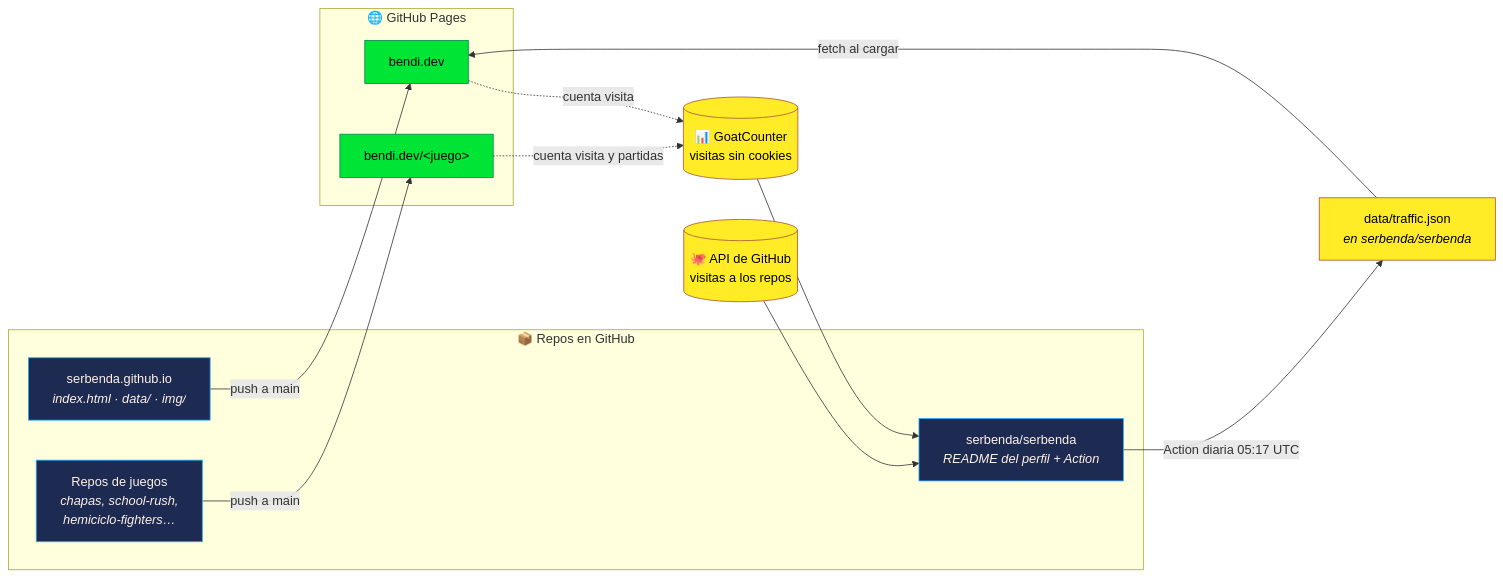
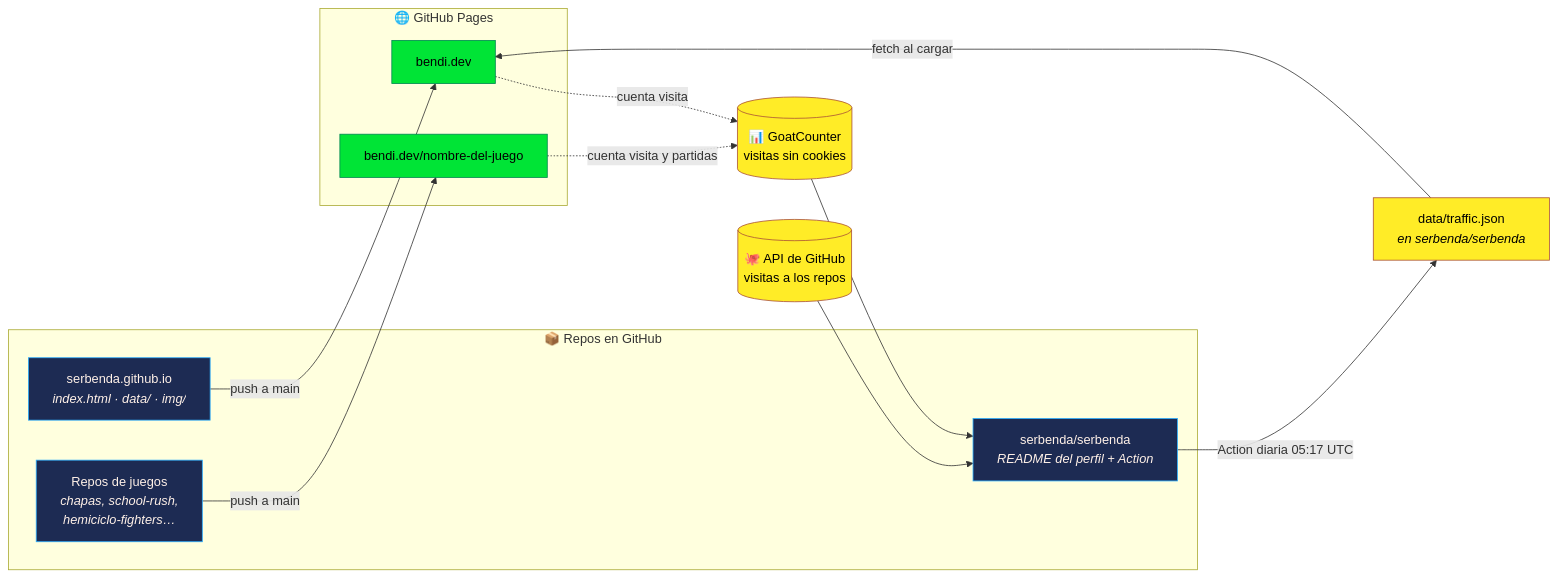
One commit to serbenda/serbenda.github.io changed the first of 2 diagrams in README.md. Above: the diagram before and after it, drawn with Mermaid. The commit also changed other lines of this file, not shown here.

Commit message:
README: simpler diagram labels

````diff
--- a/README.md
+++ b/README.md
@@ -58,33 +58,33 @@
 ```mermaid
 flowchart LR
     subgraph REPOS["📦 Repos en GitHub"]
         WEB["serbenda.github.io<br/><i>index.html · data/ · img/</i>"]
         PERFIL["serbenda/serbenda<br/><i>README del perfil + Action</i>"]
         JUEGOS["Repos de juegos<br/><i>chapas, school-rush,<br/>hemiciclo-fighters…</i>"]
     end
 
     subgraph PAGES["🌐 GitHub Pages"]
         RAIZ["bendi.dev"]
-        SUB["bendi.dev/&lt;juego&gt;"]
+        SUB["bendi.dev/nombre-del-juego"]
     end
 
     GC[("📊 GoatCounter<br/>visitas sin cookies")]
     API[("🐙 API de GitHub<br/>visitas a los repos")]
     TRAFFIC["data/traffic.json<br/><i>en serbenda/serbenda</i>"]
 
     WEB -- "push a main" --> RAIZ
     JUEGOS -- "push a main" --> SUB
     RAIZ -. "cuenta visita" .-> GC
     SUB -. "cuenta visita y partidas" .-> GC
     PERFIL -- "Action diaria 05:17 UTC" --> TRAFFIC
     GC --> PERFIL
     API --> PERFIL
     TRAFFIC -- "fetch al cargar" --> RAIZ
 
     classDef repo fill:#1d2b53,stroke:#29adff,color:#fff1e8
     classDef page fill:#00e436,stroke:#008751,color:#000
     classDef data fill:#ffec27,stroke:#ab5236,color:#000
     class WEB,PERFIL,JUEGOS repo
     class RAIZ,SUB page
     class GC,API,TRAFFIC data
 ```
````
